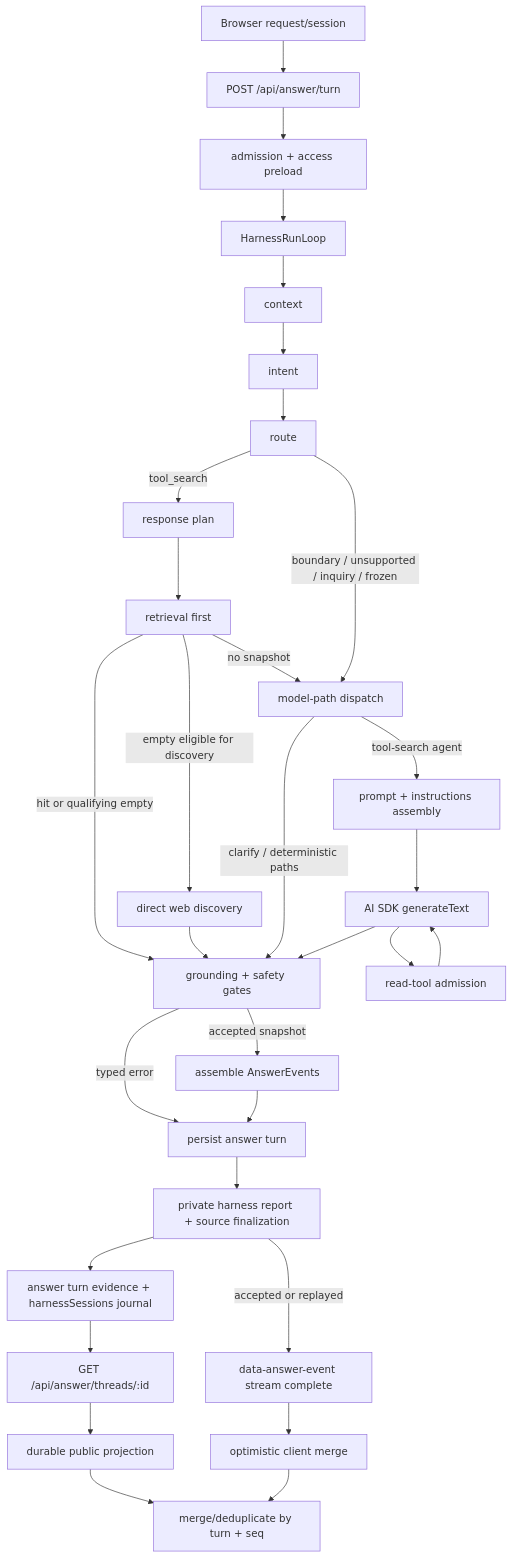
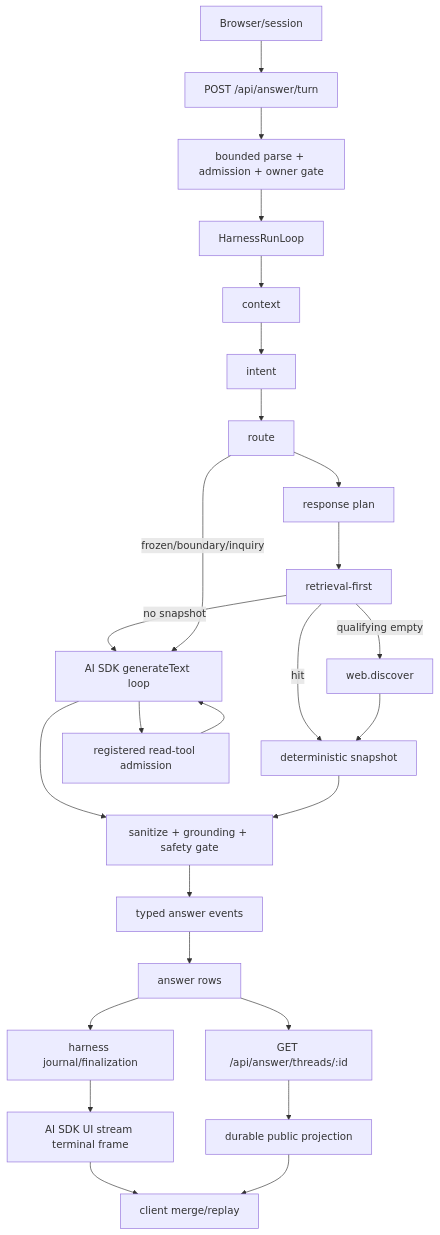
Before and after one commit to CreasyBear/Agentic-Economy: the first of 3 diagrams in .planning/codebase/PROMPT-DATA-FLOW.md, drawn with Mermaid. The commit also changed other lines of this file and 7 other files, not shown here.

````diff
--- a/.planning/codebase/PROMPT-DATA-FLOW.md
+++ b/.planning/codebase/PROMPT-DATA-FLOW.md
@@ -40,33 +60,22 @@
 ```mermaid
 flowchart TD
-  C["Browser request/session"] --> R["POST /api/answer/turn"]
-  R --> ACCESS["admission + access preload"]
-  ACCESS --> H["HarnessRunLoop"]
-  H --> CTX["context"]
-  CTX --> INTENT["intent"]
-  INTENT --> ROUTE["route"]
-  ROUTE -->|tool_search| PLAN["response plan"]
-  PLAN --> RET["retrieval first"]
-  RET -->|hit or qualifying empty| GATE["grounding + safety gates"]
-  RET -->|empty eligible for discovery| DISC["direct web discovery"]
-  DISC --> GATE
-  RET -->|no snapshot| MODEL["model-path dispatch"]
-  ROUTE -->|boundary / unsupported / inquiry / frozen| MODEL
-  MODEL -->|clarify / deterministic paths| GATE
-  PROMPT["prompt + instructions assembly"] --> AGENT["AI SDK generateText"]
-  MODEL -->|tool-search agent| PROMPT
-  AGENT --> TOOL["read-tool admission"]
-  TOOL --> AGENT
-  AGENT --> GATE
-  GATE -->|accepted snapshot| ASM["assemble AnswerEvents"]
-  GATE -->|typed error| PERSIST["persist answer turn"]
-  ASM --> PERSIST
-  PERSIST --> REPORT["private harness report + source finalization"]
-  REPORT --> JOURNAL["answer turn evidence + harnessSessions journal"]
-  REPORT -->|accepted or replayed| STREAM["data-answer-event stream complete"]
-  STREAM --> OPT["optimistic client merge"]
-  JOURNAL --> GET["GET /api/answer/threads/:id"]
-  GET --> PROJ["durable public projection"]
-  PROJ --> MERGE["merge/deduplicate by turn + seq"]
-  OPT --> MERGE
+  B["Browser/session"] --> HTTP["POST /api/answer/turn"]
+  HTTP --> ADMIT["bounded parse + admission + owner gate"]
+  ADMIT --> LOOP["HarnessRunLoop"]
+  LOOP --> CTX["context"] --> INTENT["intent"] --> ROUTE["route"]
+  ROUTE --> PLAN["response plan"]
+  PLAN --> RET["retrieval-first"]
+  RET -->|hit| SNAP["deterministic snapshot"]
+  RET -->|qualifying empty| DISC["web.discover"] --> SNAP
+  RET -->|no snapshot| AGENT["AI SDK generateText loop"]
+  ROUTE -->|frozen/boundary/inquiry| AGENT
+  AGENT --> TOOLS["registered read-tool admission"] --> AGENT
+  AGENT --> GATE["sanitize + grounding + safety gate"]
+  SNAP --> GATE
+  GATE --> ASM["typed answer events"] --> PERSIST["answer rows"]
+  PERSIST --> FINAL["harness journal/finalization"]
+  FINAL --> SSE["AI SDK UI stream terminal frame"]
+  PERSIST --> GET["GET /api/answer/threads/:id"] --> PROJ["durable public projection"]
+  SSE --> MERGE["client merge/replay"]
+  PROJ --> MERGE
 ```
````
